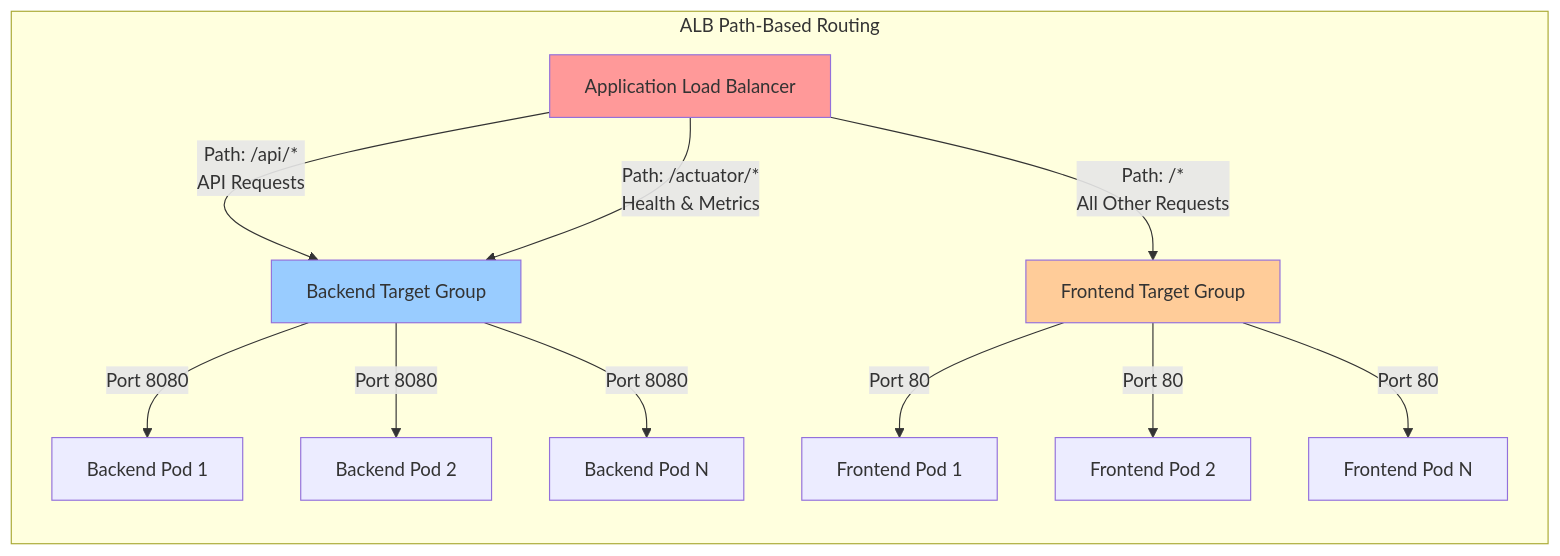
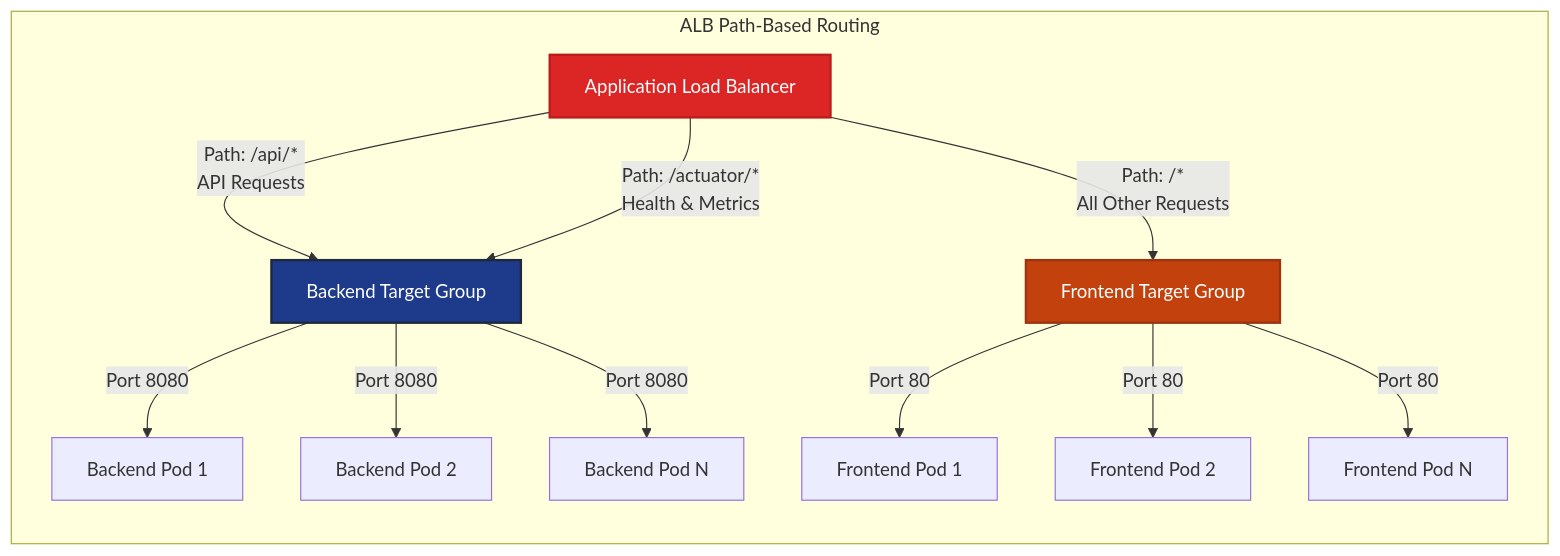
Before and after one commit to gauravumrane29/my_Hands_On_Projects: the third of 11 diagrams in ARCHITECTURE.md, drawn with Mermaid. The commit also changed other lines of this file and 1 other file, not shown here.

````diff
--- a/ARCHITECTURE.md
+++ b/ARCHITECTURE.md
@@ -158,22 +158,22 @@
 ```mermaid
 graph LR
     subgraph "ALB Path-Based Routing"
         ALB[Application Load Balancer]
         
         ALB -->|Path: /api/*<br/>API Requests| BackendTarget[Backend Target Group]
         ALB -->|Path: /*<br/>All Other Requests| FrontendTarget[Frontend Target Group]
         ALB -->|Path: /actuator/*<br/>Health & Metrics| BackendTarget
         
         BackendTarget -->|Port 8080| Backend1[Backend Pod 1]
         BackendTarget -->|Port 8080| Backend2[Backend Pod 2]
         BackendTarget -->|Port 8080| BackendN[Backend Pod N]
         
         FrontendTarget -->|Port 80| Frontend1[Frontend Pod 1]
         FrontendTarget -->|Port 80| Frontend2[Frontend Pod 2]
         FrontendTarget -->|Port 80| FrontendN[Frontend Pod N]
     end
     
-    style ALB fill:#ff9999
-    style BackendTarget fill:#99ccff
-    style FrontendTarget fill:#ffcc99
+    style ALB fill:#dc2626,stroke:#b91c1c,stroke-width:2px,color:#fff
+    style BackendTarget fill:#1e3a8a,stroke:#1e293b,stroke-width:2px,color:#fff
+    style FrontendTarget fill:#c2410c,stroke:#9a3412,stroke-width:2px,color:#fff
 ```
````
